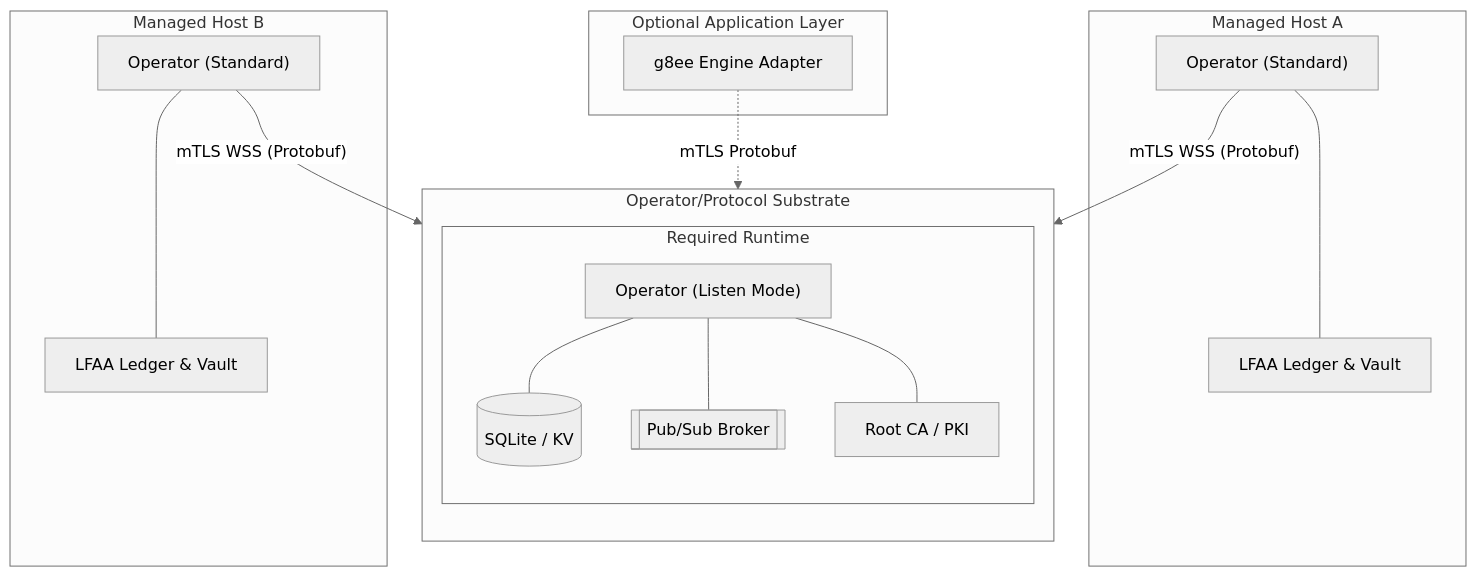
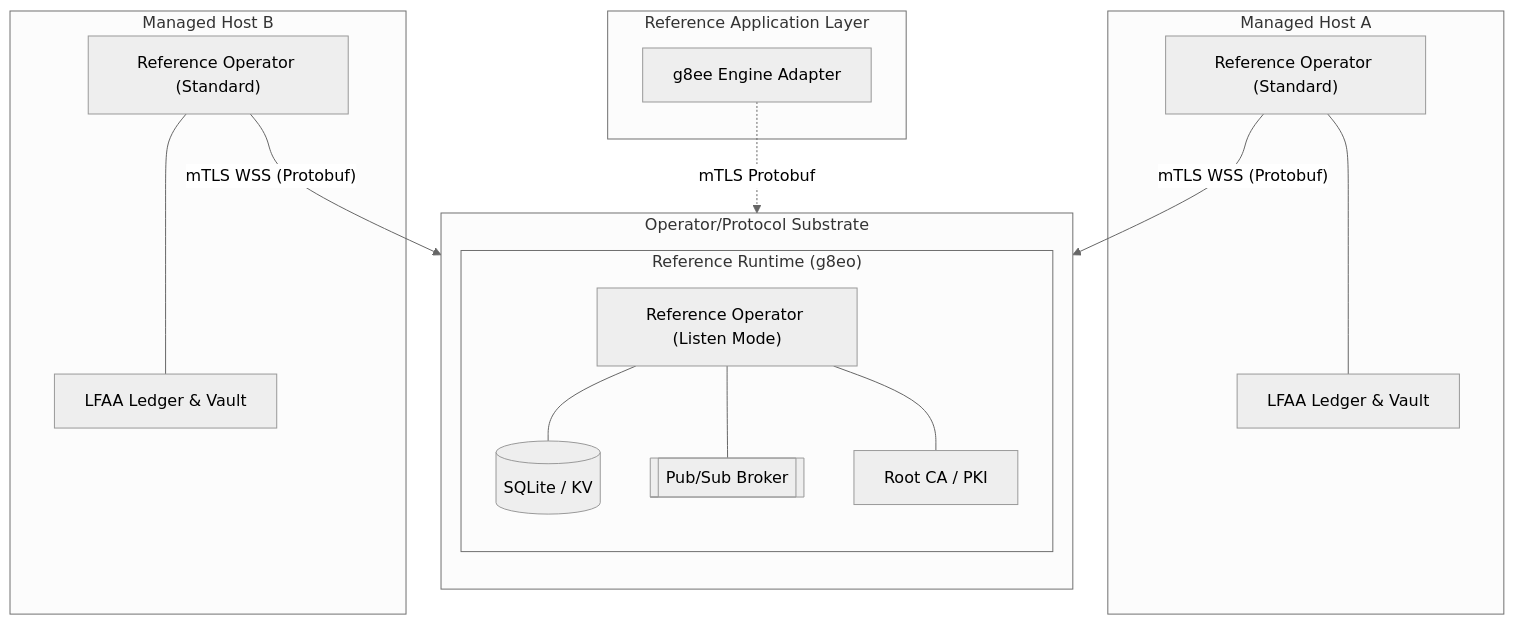
Before and after one commit to g8e-ai/g8e: the diagram in docs/architecture/operator.md, drawn with Mermaid (neutral theme). The commit also changed other lines of this file and 26 other files, not shown here.

````diff
--- a/docs/architecture/operator.md
+++ b/docs/architecture/operator.md
@@ -29,33 +32,33 @@
 ```mermaid
 flowchart TD
     subgraph Hub ["Operator/Protocol Substrate"]
         direction TB
-        subgraph Persistence ["Required Runtime"]
-            listen["Operator (Listen Mode)"]
+        subgraph Persistence ["Reference Runtime (g8eo)"]
+            listen["Reference Operator (Listen Mode)"]
             db[("SQLite / KV")]
             ps[["Pub/Sub Broker"]]
             ca["Root CA / PKI"]
             
             listen --- db
             listen --- ps
             listen --- ca
         end
     end
 
-    subgraph Apps ["Optional Application Layer"]
+    subgraph Apps ["Reference Application Layer"]
         g8ee["g8ee Engine Adapter"]
     end
 
     g8ee -. "mTLS Protobuf" .-> listen
 
     subgraph EP_A ["Managed Host A"]
-        OPA["Operator (Standard)"] --- LFAA_A["LFAA Ledger & Vault"]
+        OPA["Reference Operator (Standard)"] --- LFAA_A["LFAA Ledger & Vault"]
     end
 
     subgraph EP_B ["Managed Host B"]
-        OPB["Operator (Standard)"] --- LFAA_B["LFAA Ledger & Vault"]
+        OPB["Reference Operator (Standard)"] --- LFAA_B["LFAA Ledger & Vault"]
     end
 
     OPA -- "mTLS WSS (Protobuf)" --> listen
     OPB -- "mTLS WSS (Protobuf)" --> listen
 ```
````
